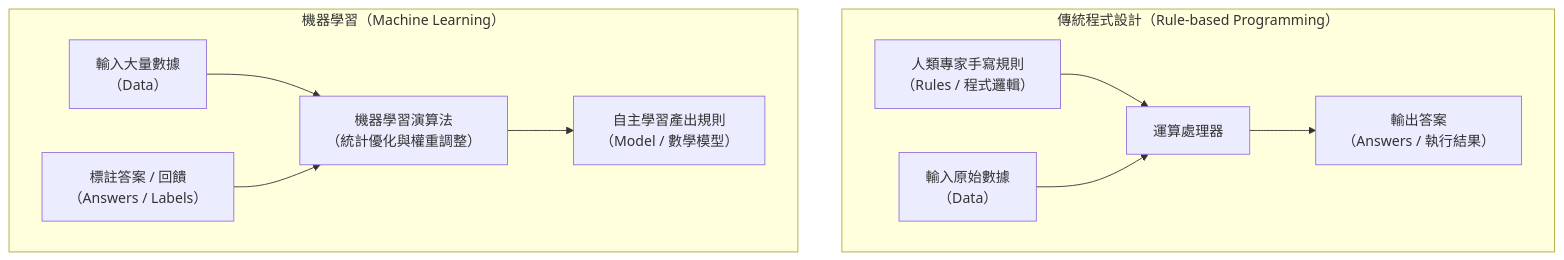
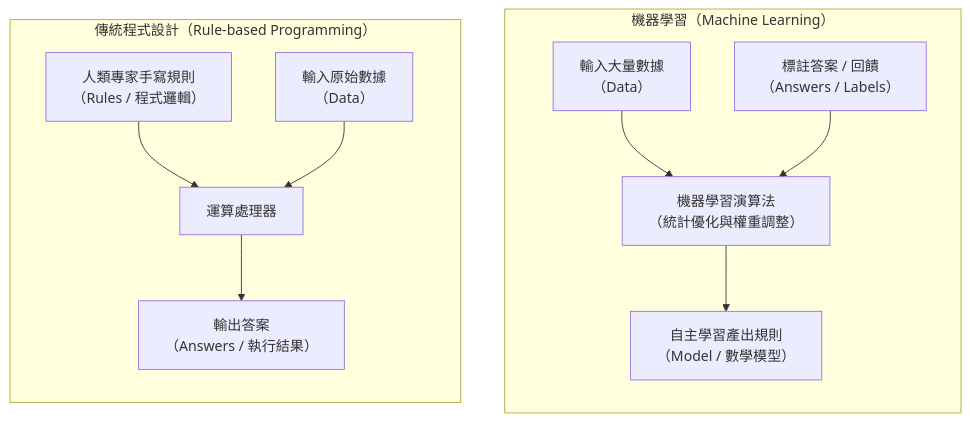
One commit to sungchien/Content-Design changed the first of 3 diagrams in 02_AI_ML原理與思辨.md. Above: the diagram before and after it, drawn with Mermaid. The commit also changed other lines of this file and 4 other files, not shown here.

````diff
--- a/02_AI_ML原理與思辨.md
+++ b/02_AI_ML原理與思辨.md
@@ -86,15 +160,19 @@
 ```mermaid
-flowchart TD
+flowchart LR
     subgraph Traditional["傳統程式設計（Rule-based Programming）"]
+        direction TB
         R1["人類專家手寫規則<br/>（Rules / 程式邏輯）"] --> P1["運算處理器"]
         D1["輸入原始數據<br/>（Data）"] --> P1
         P1 --> A1["輸出答案<br/>（Answers / 執行結果）"]
     end
 
     subgraph ML["機器學習（Machine Learning）"]
+        direction TB
         D2["輸入大量數據<br/>（Data）"] --> P2["機器學習演算法<br/>（統計優化與權重調整）"]
         A2["標註答案 / 回饋<br/>（Answers / Labels）"] --> P2
         P2 --> R2["自主學習產出規則<br/>（Model / 數學模型）"]
     end
 
+    Traditional ~~~ ML
+
 ```
````
